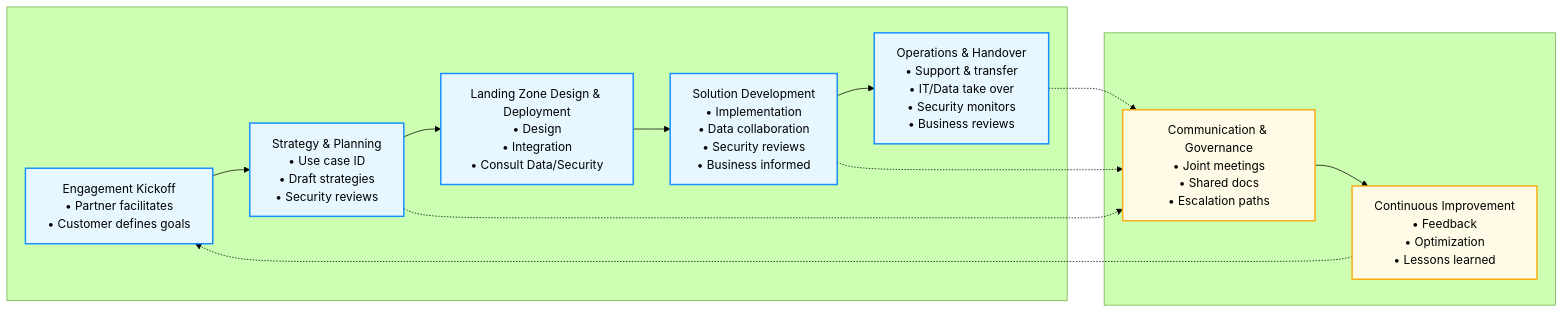
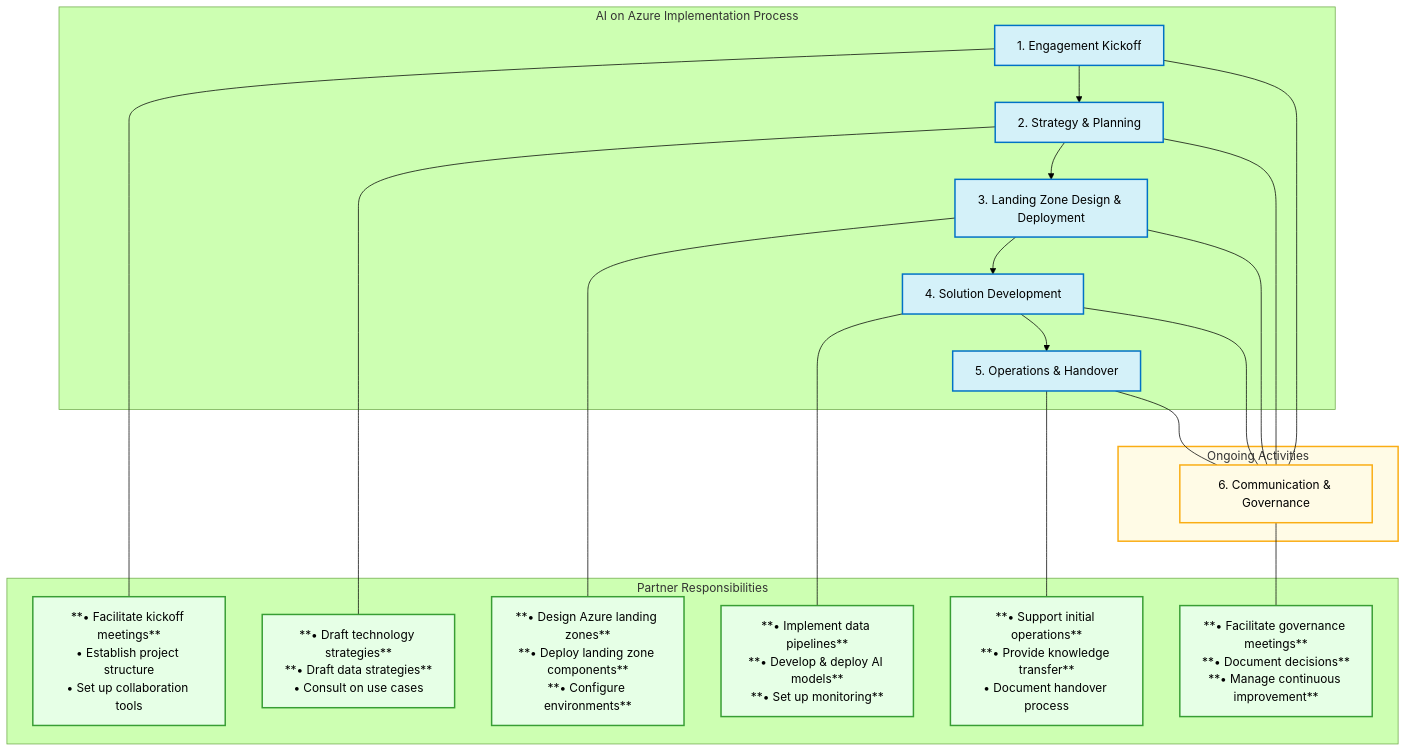
Before and after one commit to jonathan-vella/xlr8-e2eaisolutions: the diagram in raci.md, drawn with Mermaid (forest theme).

Commit message:
Revise AI on Azure implementation process diagram for clarity and detail, enhancing partner responsibilities and ongoing activities sections.

````diff
--- a/raci.md
+++ b/raci.md
@@ -56,33 +56,41 @@
 ```mermaid
-flowchart LR
-    subgraph Line1[ ]
-        A1[Engagement Kickoff<br>• Partner facilitates<br>• Customer defines goals]
-        B1[Strategy & Planning<br>• Use case ID<br>• Draft strategies<br>• Security reviews]
-        C1[Landing Zone Design & Deployment<br>• Design<br>• Integration<br>• Consult Data/Security]
-        D1[Solution Development<br>• Implementation<br>• Data collaboration<br>• Security reviews<br>• Business informed]
-        E1[Operations & Handover<br>• Support & transfer<br>• IT/Data take over<br>• Security monitors<br>• Business reviews]
+flowchart TB
+    subgraph Process["AI on Azure Implementation Process"]
+        A[1. Engagement Kickoff]
+        B[2. Strategy & Planning]
+        C[3. Landing Zone Design & Deployment]
+        D[4. Solution Development]
+        E[5. Operations & Handover]
     end
-
-    subgraph Line2[ ]
-        F1[Communication & Governance<br>• Joint meetings<br>• Shared docs<br>• Escalation paths]
-        G1[Continuous Improvement<br>• Feedback<br>• Optimization<br>• Lessons learned]
+    
+    subgraph Support["Ongoing Activities"]
+        F[6. Communication & Governance]
     end
-
-    %% Main horizontal flow
-    A1 --> B1 --> C1 --> D1 --> E1
-
-    %% Second line for communication/governance and improvement
-    F1 --> G1
-
-    %% Cross-links for clarity
-    E1 -.-> F1
-    D1 -.-> F1
-    B1 -.-> F1
-    G1 -.-> A1
-
-    %% Styling for clarity
-    classDef main fill:#e6f7ff,stroke:#1890ff,stroke-width:2px;
-    classDef comms fill:#fffbe6,stroke:#faad14,stroke-width:2px;
-    class A1,B1,C1,D1,E1 main;
-    class F1,G1 comms;
+    
+    A --> B --> C --> D --> E
+    A & B & C & D & E --- F
+    
+    subgraph PartnerResp["Partner Responsibilities"]
+        A1["**• Facilitate kickoff meetings**<br>• Establish project structure<br>• Set up collaboration tools"]
+        B1["**• Draft technology strategies**<br>**• Draft data strategies**<br>• Consult on use cases"]
+        C1["**• Design Azure landing zones**<br>**• Deploy landing zone components**<br>**• Configure environments**"]
+        D1["**• Implement data pipelines**<br>**• Develop & deploy AI models**<br>**• Set up monitoring**"]
+        E1["**• Support initial operations**<br>**• Provide knowledge transfer**<br>• Document handover process"]
+        F1["**• Facilitate governance meetings**<br>**• Document decisions**<br>**• Manage continuous improvement**"]
+    end
+    
+    A --- A1
+    B --- B1
+    C --- C1
+    D --- D1
+    E --- E1
+    F --- F1
+    
+    classDef process fill:#d4f1f9,stroke:#0072c6,stroke-width:2px;
+    classDef partner fill:#e6ffe6,stroke:#389e34,stroke-width:2px;
+    classDef support fill:#fffbe6,stroke:#faad14,stroke-width:2px;
+    
+    class A,B,C,D,E process;
+    class A1,B1,C1,D1,E1,F1 partner;
+    class F,Support support;
 ```
````
